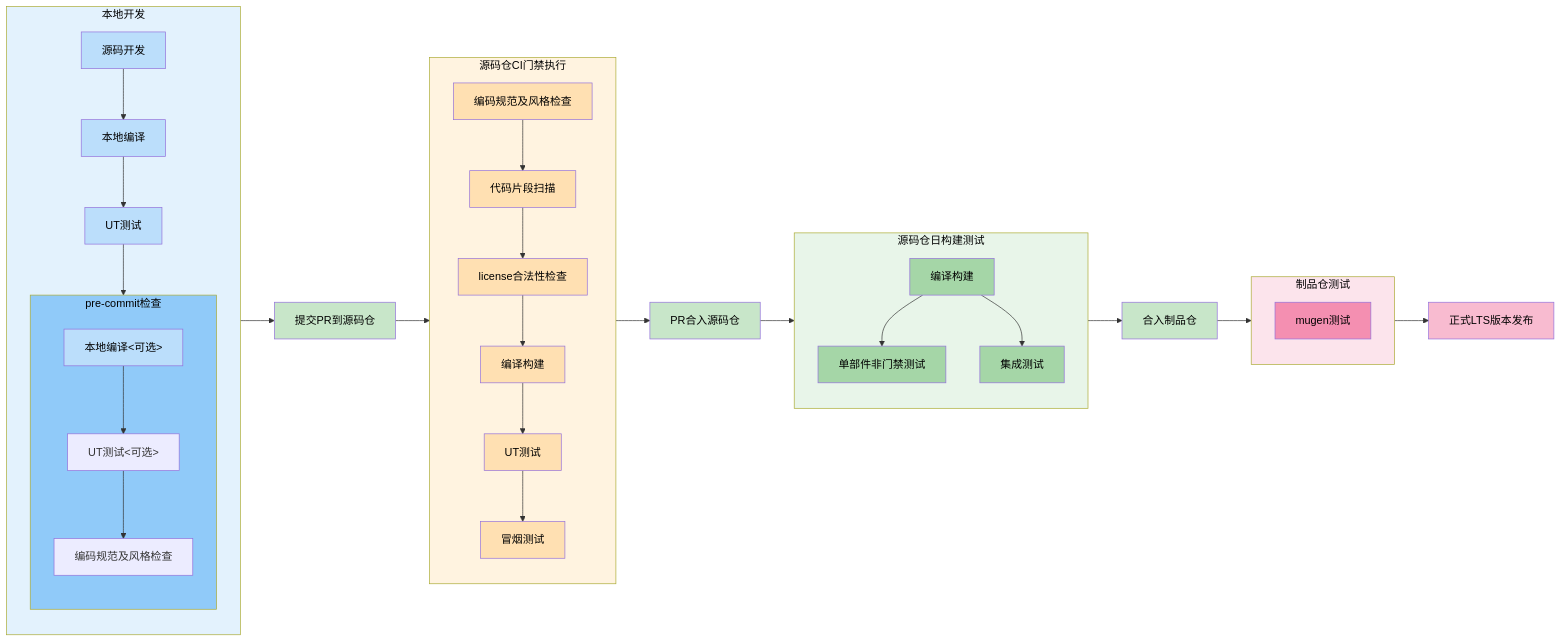
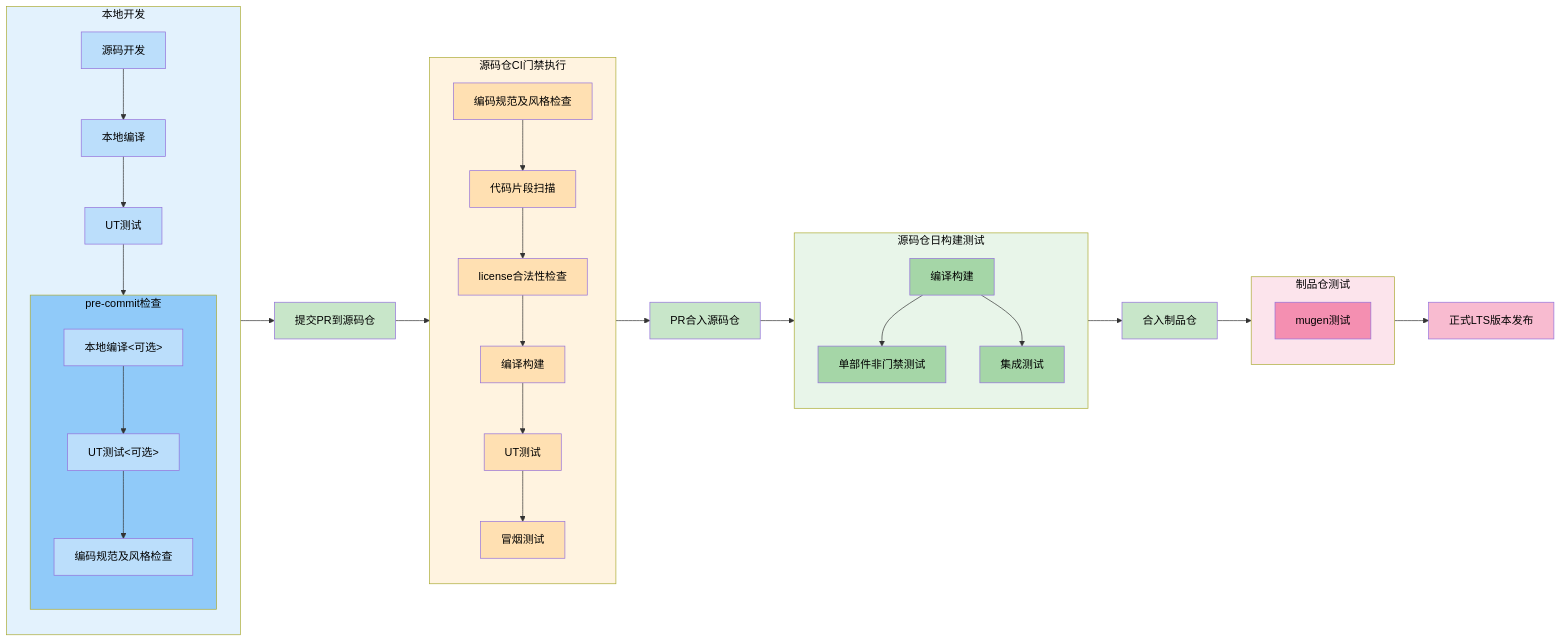
Before and after one commit to openeuler-mirror/ubs-core: the diagram in governance/sig-UB-ServiceCore-工程能力说明.md, drawn with Mermaid.

Commit message:
增加ub servicecore的工程能力说明、分支说明、issue规则说明

````diff
--- a/governance/sig-UB-ServiceCore-工程能力说明.md
+++ b/governance/sig-UB-ServiceCore-工程能力说明.md
@@ -36,61 +36,63 @@
 ```mermaid
 flowchart LR
     subgraph LocalDev["本地开发"]
         direction TB
         L1[源码开发]
         L2[本地编译] 
         L3[UT测试]
         subgraph PreCommit["pre-commit检查"]
             direction TB
             L4[本地编译<可选>] --> L5[UT测试<可选>] --> L6[编码规范及风格检查]
         end
         L1 --> L2 --> L3 --> PreCommit
     end
     
     PR[提交PR到源码仓]
     
     subgraph CIGate["源码仓CI门禁执行"]
         C1[编码规范及风格检查] --> C2[代码片段扫描] --> C3[license合法性检查] --> C4[编译构建] --> C5[UT测试] --> C6[冒烟测试]
     end
     
     Merge[PR合入源码仓]
     
     subgraph BranchTest["源码仓日构建测试"]
         T1[编译构建] --> T2[单部件非门禁测试]
         T1[编译构建] --> T3[集成测试]
     end
     
     Artifact[合入制品仓]
     
     subgraph MugenTest["制品仓测试"]
         M1[mugen测试]
     end
     
     Release[正式LTS版本发布]
     
     LocalDev --> PR --> CIGate --> Merge --> BranchTest --> Artifact --> MugenTest --> Release
     
     style LocalDev fill:#e3f2fd,color:#000
     style PreCommit fill:#90caf9,color:#000
     style CIGate fill:#fff3e0,color:#000
     style BranchTest fill:#e8f5e9,color:#000
     style MugenTest fill:#fce4ec,color:#000
     style L1 fill:#bbdefb,color:#000
     style L2 fill:#bbdefb,color:#000
     style L3 fill:#bbdefb,color:#000
     style L4 fill:#bbdefb,color:#000
+    style L5 fill:#bbdefb,color:#000
+    style L6 fill:#bbdefb,color:#000
     style C1 fill:#ffe0b2,color:#000
     style C2 fill:#ffe0b2,color:#000
     style C3 fill:#ffe0b2,color:#000
     style C4 fill:#ffe0b2,color:#000
     style C5 fill:#ffe0b2,color:#000
     style C6 fill:#ffe0b2,color:#000
     style PR fill:#c8e6c9,color:#000
     style Merge fill:#c8e6c9,color:#000
     style Artifact fill:#c8e6c9,color:#000
     style Release fill:#f8bbd0,color:#000
     style T1 fill:#a5d6a7,color:#000
     style T2 fill:#a5d6a7,color:#000
     style T3 fill:#a5d6a7,color:#000
     style M1 fill:#f48fb1,color:#000
 ```
````
